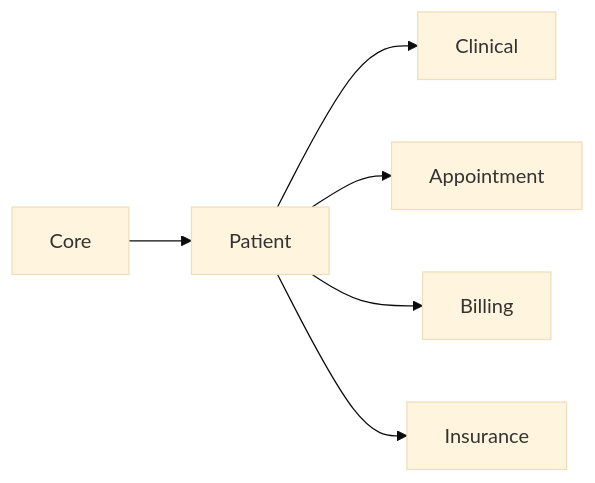
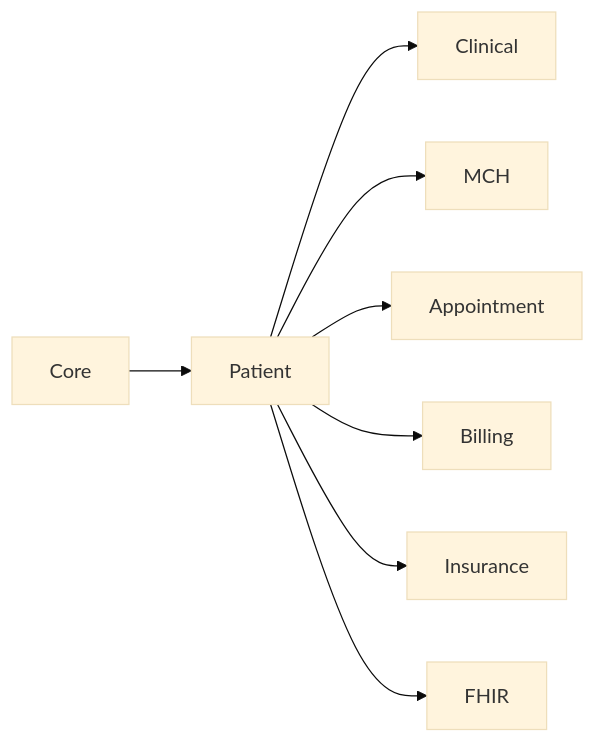
Before and after one commit to Flowrise-HMS/Patient: the diagram in README.md, drawn with Mermaid (base theme). The commit also changed other lines of this file and 1 other file, not shown here.

Commit message:
docs: rewrite the implementation plan as a Patient module implementation record

````diff
--- a/README.md
+++ b/README.md
@@ -14,14 +14,18 @@
 ```mermaid
 flowchart LR
   Core[Core]
   Patient[Patient]
   Clinical[Clinical]
+  MCH[MCH]
   Appointment[Appointment]
   Billing[Billing]
   Insurance[Insurance]
+  FHIR[FHIR]
   Core --> Patient
   Patient --> Clinical
+  Patient --> MCH
   Patient --> Appointment
   Patient --> Billing
   Patient --> Insurance
+  Patient --> FHIR
 ```
````
